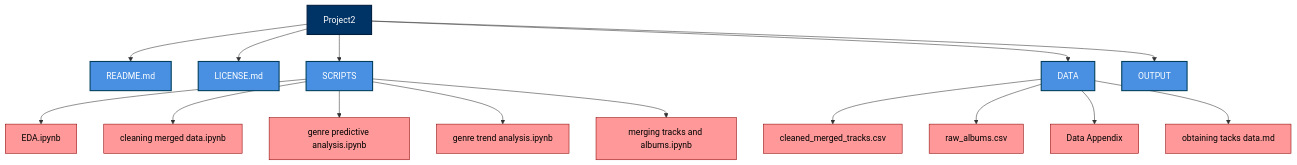
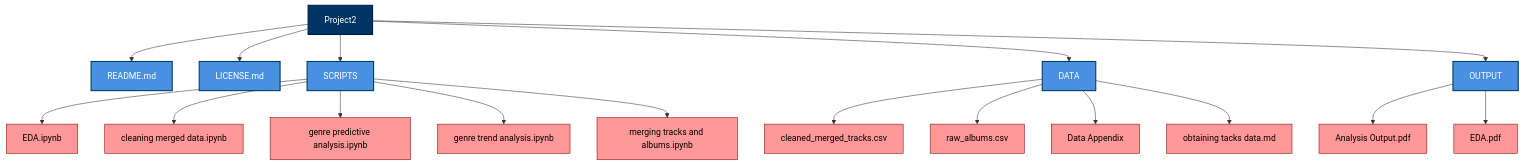
The diagram in README.md (lilythomson13/Project2), drawn with Mermaid before and after one commit.

````diff
--- a/README.md
+++ b/README.md
@@ -24,54 +24,60 @@
 ```mermaid
 graph TB
   A[Project2]
   A1[README.md]
   A2[LICENSE.md]
   B[SCRIPTS]
   B1[EDA.ipynb]
   B2[cleaning merged data.ipynb]
   B3[genre predictive analysis.ipynb]
   B4[genre trend analysis.ipynb]
   B5[merging tracks and albums.ipynb]
   C[DATA]
   C1[cleaned_merged_tracks.csv]
   C2[raw_albums.csv]
   C4[obtaining tacks data.md]
   C3[Data Appendix]
   D[OUTPUT]
+  D1[Analysis Output.pdf]
+  D2[EDA.pdf]
 
   A --> A1
   A --> A2
   A --> B
   B --> B1
   B --> B2
   B --> B3
   B --> B4
   B --> B5
   A --> C
   C --> C1
   C --> C2
   C --> C3
   C --> C4
   A --> D
+  D --> D1
+  D --> D2
 
   %% Styling for main project folder (Dark Blue)
   style A fill:#003366,stroke:#001f3f,stroke-width:2px,color:white;
 
   %% Styling for main categories (Light Blue)
   style A1 fill:#4a90e2,stroke:#003d5b,stroke-width:2px,color:white;
   style A2 fill:#4a90e2,stroke:#003d5b,stroke-width:2px,color:white;
   style B fill:#4a90e2,stroke:#003d5b,stroke-width:2px,color:white;
   style C fill:#4a90e2,stroke:#003d5b,stroke-width:2px,color:white;
   style D fill:#4a90e2,stroke:#003d5b,stroke-width:2px,color:white;
 
   %% Styling for subsets (Light Red)
   style B1 fill:#ff9999,stroke:#8b0000,stroke-width:1px,color:black;
   style B2 fill:#ff9999,stroke:#8b0000,stroke-width:1px,color:black;
   style B3 fill:#ff9999,stroke:#8b0000,stroke-width:1px,color:black;
   style B4 fill:#ff9999,stroke:#8b0000,stroke-width:1px,color:black;
   style B5 fill:#ff9999,stroke:#8b0000,stroke-width:1px,color:black;
   style C1 fill:#ff9999,stroke:#8b0000,stroke-width:1px,color:black;
   style C2 fill:#ff9999,stroke:#8b0000,stroke-width:1px,color:black;
   style C3 fill:#ff9999,stroke:#8b0000,stroke-width:1px,color:black;
   style C4 fill:#ff9999,stroke:#8b0000,stroke-width:1px,color:black;
+  style D1 fill:#ff9999,stroke:#8b0000,stroke-width:1px,color:black;
+  style D2 fill:#ff9999,stroke:#8b0000,stroke-width:1px,color:black;
 ```
````
